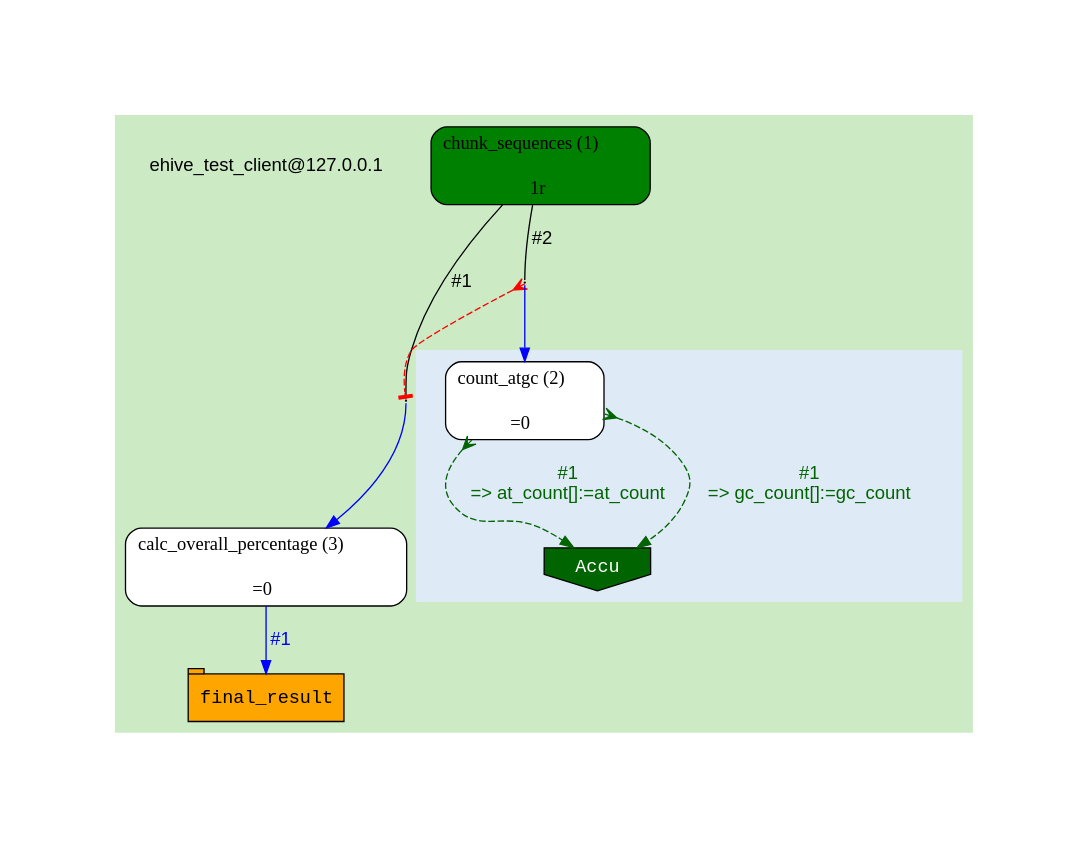
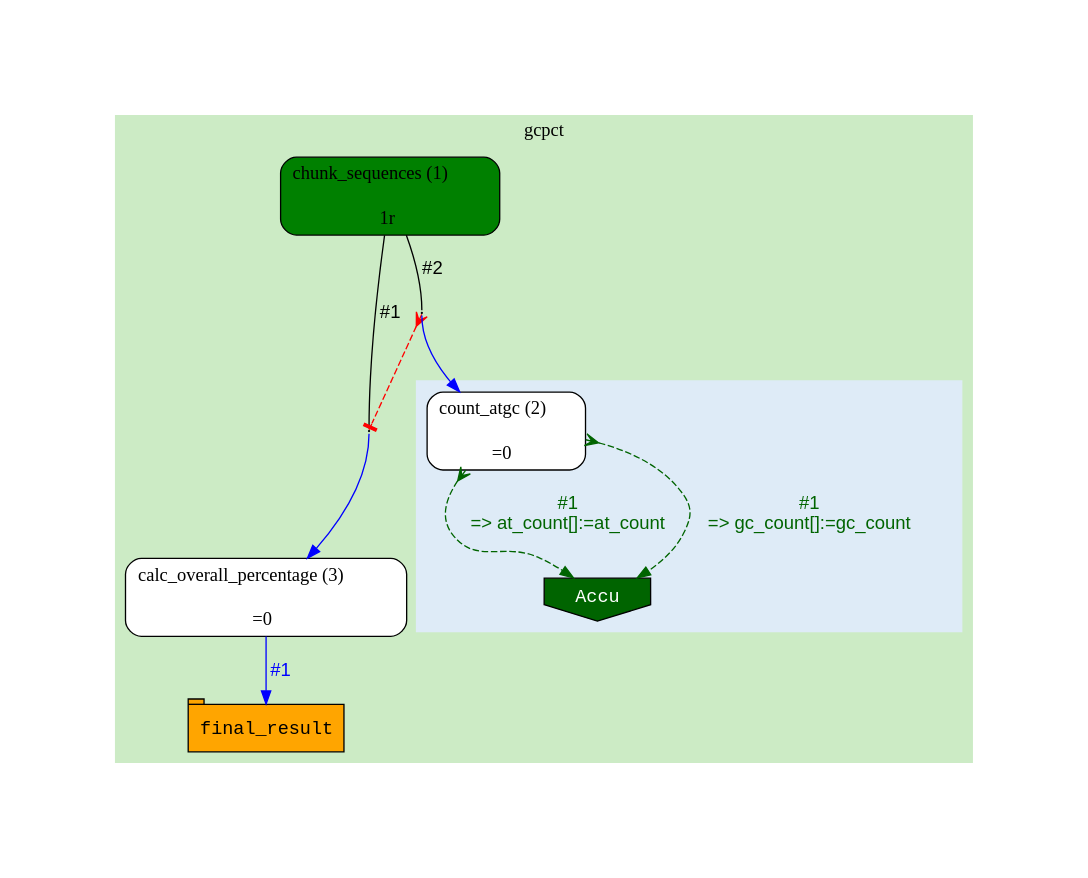
One commit to Ensembl/ensembl-hive changed the diagram in t/03.scripts/generate_graph/GC::PipeConfig::GCPct_conf.stored.dot. Above: the diagram before and after it, drawn with Graphviz. The commit also changed 8 other files, not shown here.

Commit message:
Switch from using a separate pipeline_label to displaying the top-level cluster name; regenerated the test files accordingly

```diff
--- a/t/03.scripts/generate_graph/GC::PipeConfig::GCPct_conf.stored.dot
+++ b/t/03.scripts/generate_graph/GC::PipeConfig::GCPct_conf.stored.dot
@@ -1,39 +1,39 @@
 digraph test {
 	ratio="compress"; concentrate = "true"; name = "AnalysisWorkflow"; pad = "1.0";
 	analysis_chunk_sequences [fillcolor="green", fontname="Times-Roman", label=<<table border="0" cellborder="0" cellspacing="0" cellpadding="1"><tr><td colspan="1">chunk_sequences (1)</td></tr><tr><td colspan="1"> </td></tr><tr><td bgcolor="green" width="100%">1r</td></tr></table>>, shape="Mrecord", style="filled"];
 	dfr_1_mp [fixedsize="1", height="0.01", label="dfr_1_mp", shape="point", width="0.01"];
 	analysis_calc_overall_percentage [fillcolor="white", fontname="Times-Roman", label=<<table border="0" cellborder="0" cellspacing="0" cellpadding="1"><tr><td colspan="1">calc_overall_percentage (3)</td></tr><tr><td colspan="1"> </td></tr><tr><td>=0</td></tr></table>>, shape="Mrecord", style="filled"];
 	table_final_result [fillcolor="orange", fontcolor="black", fontname="Courier", label=<<table border="0" cellborder="0" cellspacing="0" cellpadding="1"><tr><td colspan="1">final_result</td></tr></table>>, shape="tab", style="filled"];
 	dfr_2_mp [fixedsize="1", height="0.01", label="dfr_2_mp", shape="point", width="0.01"];
 	analysis_count_atgc [fillcolor="white", fontname="Times-Roman", label=<<table border="0" cellborder="0" cellspacing="0" cellpadding="1"><tr><td colspan="1">count_atgc (2)</td></tr><tr><td colspan="1"> </td></tr><tr><td>=0</td></tr></table>>, shape="Mrecord", style="filled"];
 	sink_dfr_1_mp [fillcolor="darkgreen", fontcolor="white", fontname="Courier", label="Accu", shape="invhouse", style="filled"];
-	pipelabel_gcpct [fontname="Helvetica", label="ehive_test_client@127.0.0.1", shape="plaintext"];
 	analysis_calc_overall_percentage -> table_final_result [color="blue", fontcolor="blue", fontname="Helvetica", label="#1\n"];
 	analysis_chunk_sequences -> dfr_1_mp [arrowhead="none", color="black", fontcolor="black", fontname="Helvetica", headport="n", label="#1"];
 	analysis_chunk_sequences -> dfr_2_mp [arrowhead="none", color="black", fontcolor="black", fontname="Helvetica", headport="n", label="#2"];
 	analysis_count_atgc -> sink_dfr_1_mp [arrowtail="crow", color="darkgreen", dir="both", fontcolor="darkgreen", fontname="Helvetica", label="#1\n=> at_count[]:=at_count", style="dashed"];
 	analysis_count_atgc -> sink_dfr_1_mp [arrowtail="crow", color="darkgreen", dir="both", fontcolor="darkgreen", fontname="Helvetica", label="#1\n=> gc_count[]:=gc_count", style="dashed"];
 	dfr_1_mp -> analysis_calc_overall_percentage [color="blue", fontcolor="blue", fontname="Helvetica", label="\n", tailport="s"];
 	dfr_2_mp -> analysis_count_atgc [color="blue", fontcolor="blue", fontname="Helvetica", label="\n", tailport="s"];
 	dfr_2_mp -> dfr_1_mp [arrowhead="tee", arrowtail="crow", color="red", dir="both", style="dashed"];
 
-subgraph cluster_cl_gcpct {
+subgraph cluster_gcpct {
+	label="gcpct";
 	style=filled;
 	colorscheme=pastel19;
 	color=3;
-	pipelabel_gcpct;
 	analysis_chunk_sequences;
 	dfr_1_mp;
 	subgraph cluster_cl_dfr_1_mp {
+		label="";
 		style=filled;
 		colorscheme=blues9;
 		color=2;
 		analysis_count_atgc;
 		sink_dfr_1_mp;
 		sink_dfr_1_mp;
 	}
 	dfr_2_mp;
 	analysis_calc_overall_percentage;
 	table_final_result;
 }
 }
```
